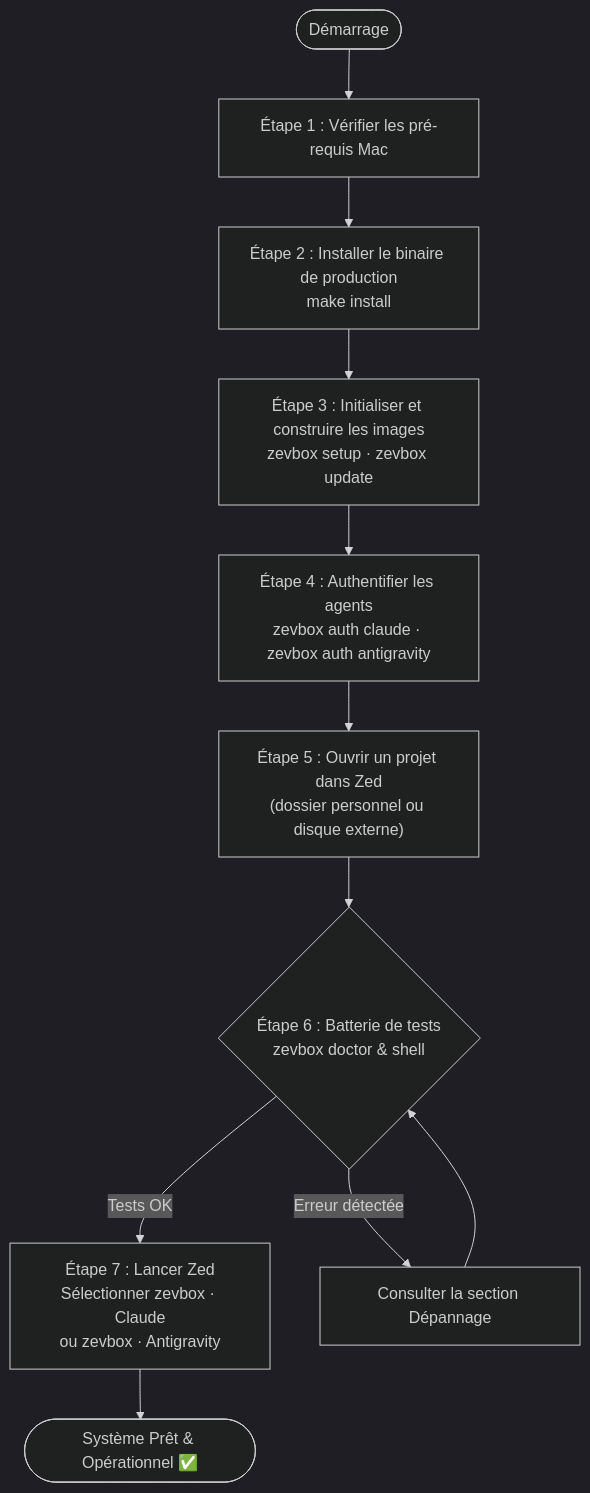
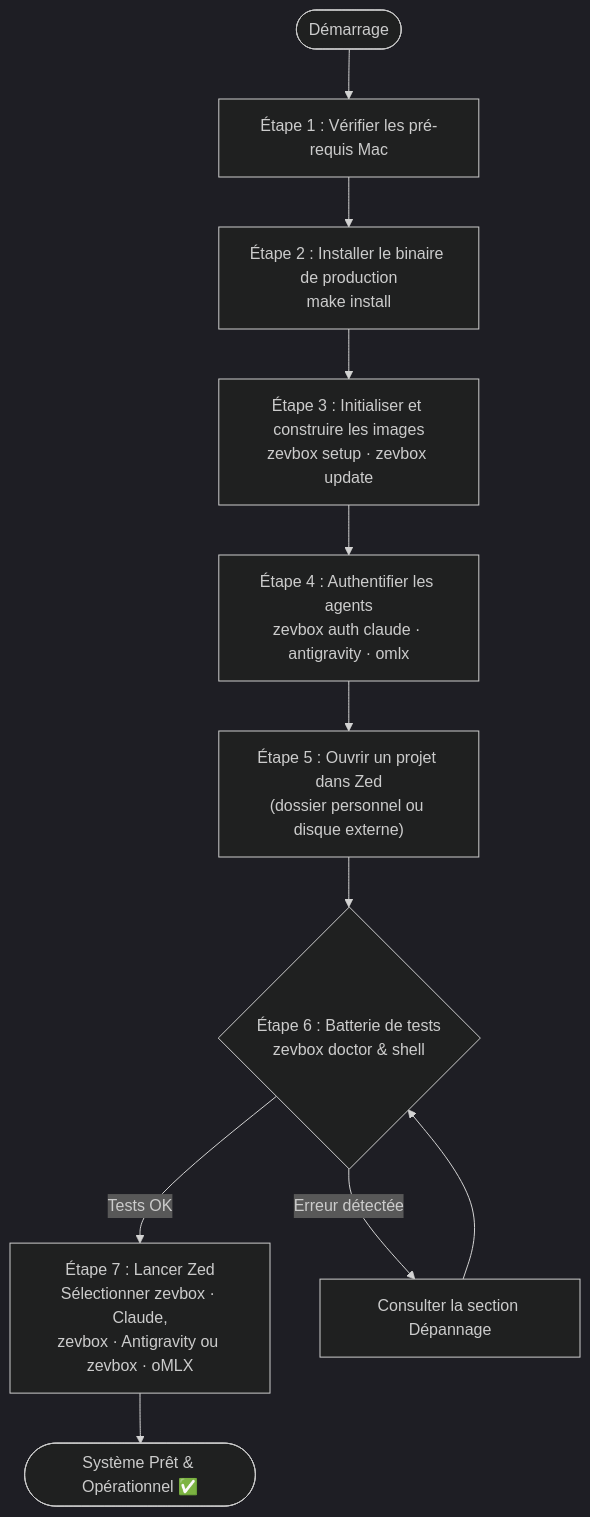
One commit to brainztorm/zevbox changed the first of 3 diagrams in docs/fr/GUIDE_UTILISATEUR.md. Above: the diagram before and after it, drawn with Mermaid (dark theme). The commit also changed other lines of this file and 12 other files, not shown here.

````diff
--- a/docs/fr/GUIDE_UTILISATEUR.md
+++ b/docs/fr/GUIDE_UTILISATEUR.md
@@ -15,15 +15,15 @@
 ```mermaid
 flowchart TD
     Start(["Démarrage"]) --> Step1["Étape 1 : Vérifier les pré-requis Mac"]
     Step1 --> Step2["Étape 2 : Installer le binaire de production\nmake install"]
     Step2 --> Step3["Étape 3 : Initialiser et construire les images\nzevbox setup · zevbox update"]
-    Step3 --> Step4["Étape 4 : Authentifier les agents\nzevbox auth claude · zevbox auth antigravity"]
+    Step3 --> Step4["Étape 4 : Authentifier les agents\nzevbox auth claude · antigravity · omlx"]
     Step4 --> Step4b["Étape 5 : Ouvrir un projet dans Zed\n(dossier personnel ou disque externe)"]
     Step4b --> Step5{"Étape 6 : Batterie de tests\nzevbox doctor & shell"}
     
-    Step5 -- "Tests OK" --> Step6["Étape 7 : Lancer Zed\nSélectionner zevbox · Claude\nou zevbox · Antigravity"]
+    Step5 -- "Tests OK" --> Step6["Étape 7 : Lancer Zed\nSélectionner zevbox · Claude,\nzevbox · Antigravity ou zevbox · oMLX"]
     Step5 -- "Erreur détectée" --> Fix["Consulter la section Dépannage"]
     Fix --> Step5
 
     Step6 --> Done(["Système Prêt & Opérationnel ✅"])
 ```
````
